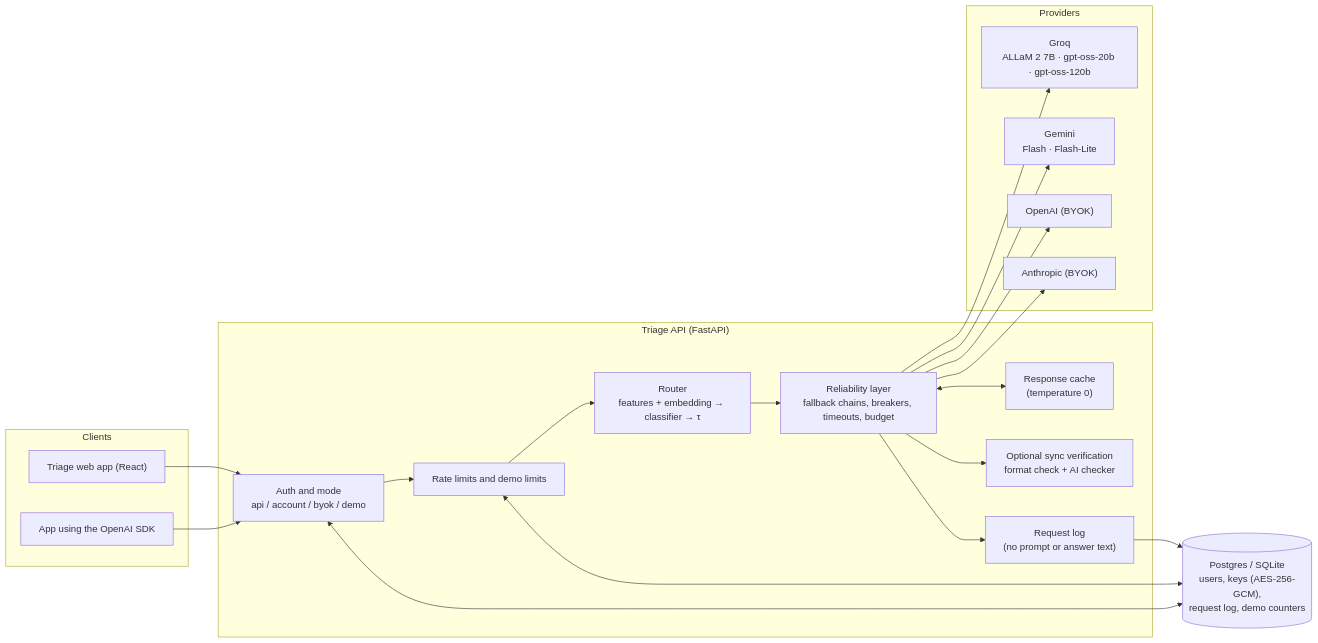
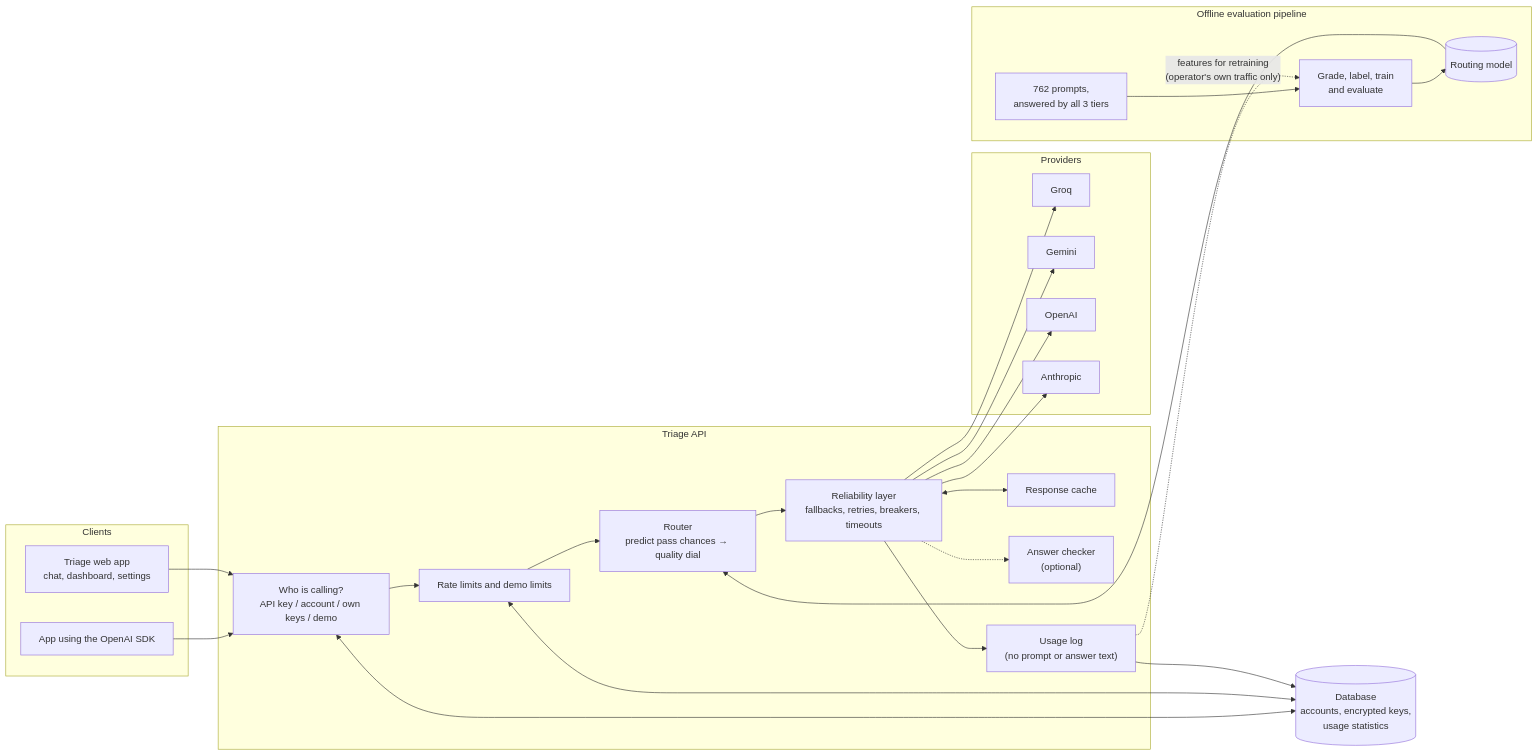
The first of 2 diagrams in CASE_STUDY.md (karansanghvi/triage), drawn with Mermaid before and after one commit. The commit also changed other lines of this file and 9 other files, not shown here.

````diff
--- a/CASE_STUDY.md
+++ b/CASE_STUDY.md
@@ -109,37 +112,46 @@
 ```mermaid
 flowchart LR
     subgraph Clients
         SDK["App using the OpenAI SDK"]
-        WEB["Triage web app (React)"]
+        WEB["Triage web app<br/>chat, dashboard, settings"]
     end
 
-    subgraph API["Triage API (FastAPI)"]
-        AUTH["Auth and mode<br/>api / account / byok / demo"]
+    subgraph API["Triage API"]
+        AUTH["Who is calling?<br/>API key / account / own keys / demo"]
         LIMITS["Rate limits and demo limits"]
-        ROUTER["Router<br/>features + embedding → classifier → τ"]
-        REL["Reliability layer<br/>fallback chains, breakers, timeouts, budget"]
-        CACHE["Response cache<br/>(temperature 0)"]
-        VERIFY["Optional sync verification<br/>format check + AI checker"]
-        LOG["Request log<br/>(no prompt or answer text)"]
+        ROUTER["Router<br/>predict pass chances → quality dial"]
+        REL["Reliability layer<br/>fallbacks, retries, breakers, timeouts"]
+        CACHE["Response cache"]
+        CHECK["Answer checker<br/>(optional)"]
+        LOG["Usage log<br/>(no prompt or answer text)"]
     end
 
     subgraph Providers
-        GROQ["Groq<br/>ALLaM 2 7B · gpt-oss-20b · gpt-oss-120b"]
-        GEM["Gemini<br/>Flash · Flash-Lite"]
-        OAI["OpenAI (BYOK)"]
-        ANT["Anthropic (BYOK)"]
+        GROQ["Groq"]
+        GEM["Gemini"]
+        OAI["OpenAI"]
+        ANT["Anthropic"]
     end
 
-    DB[("Postgres / SQLite<br/>users, keys (AES-256-GCM),<br/>request log, demo counters")]
+    DB[("Database<br/>accounts, encrypted keys,<br/>usage statistics")]
+
+    subgraph Offline["Offline evaluation pipeline"]
+        DATA["762 prompts,<br/>answered by all 3 tiers"]
+        TRAIN["Grade, label, train<br/>and evaluate"]
+        MODEL[("Routing model")]
+    end
 
     SDK --> AUTH
     WEB --> AUTH
     AUTH --> LIMITS --> ROUTER --> REL
     REL <--> CACHE
     REL --> GROQ & GEM & OAI & ANT
-    REL --> VERIFY
+    REL -.-> CHECK
+    REL --> LOG
     AUTH <--> DB
     LIMITS <--> DB
     LOG --> DB
-    REL --> LOG
+    DATA --> TRAIN --> MODEL
+    MODEL --> ROUTER
+    LOG -. "features for retraining<br/>(operator's own traffic only)" .-> TRAIN
 ```
````
